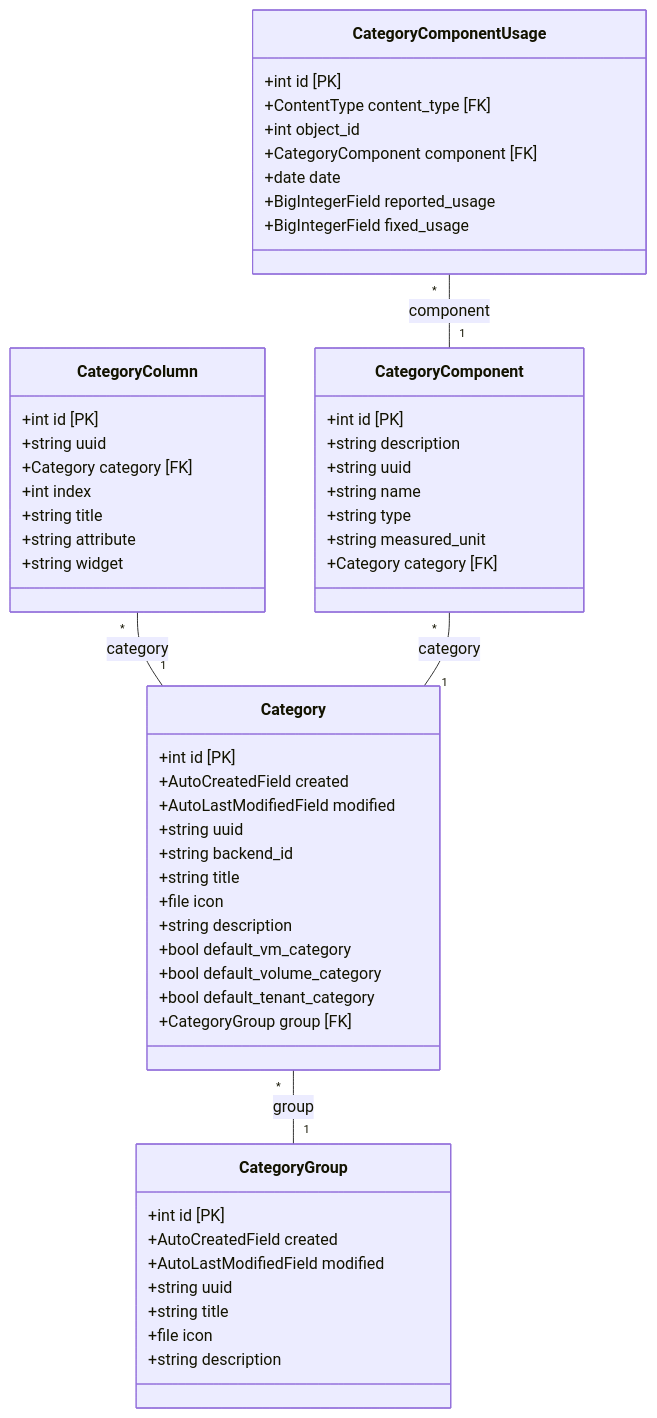
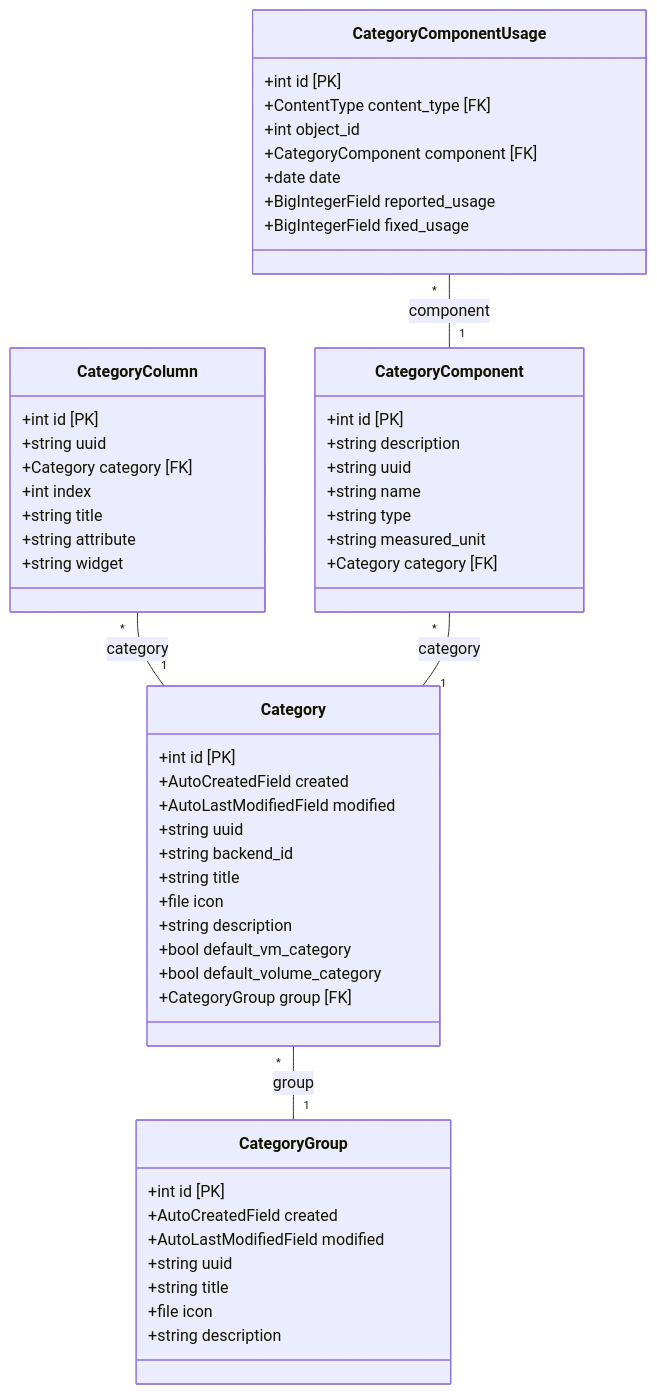
Before and after one commit to waldur/waldur-mastermind: the diagram in docs/marketplace_category.mmd, drawn with Mermaid. The commit also changed 9 other files, not shown here.

Commit message:
Remove unused default_tenant_category flag [#84]

```diff
--- a/docs/marketplace_category.mmd
+++ b/docs/marketplace_category.mmd
@@ -1,56 +1,55 @@
 classDiagram
     direction TB
     class CategoryGroup {
         +int id [PK]
         +AutoCreatedField created
         +AutoLastModifiedField modified
         +string uuid
         +string title
         +file icon
         +string description
     }
     class Category {
         +int id [PK]
         +AutoCreatedField created
         +AutoLastModifiedField modified
         +string uuid
         +string backend_id
         +string title
         +file icon
         +string description
         +bool default_vm_category
         +bool default_volume_category
-        +bool default_tenant_category
         +CategoryGroup group [FK]
     }
     class CategoryColumn {
         +int id [PK]
         +string uuid
         +Category category [FK]
         +int index
         +string title
         +string attribute
         +string widget
     }
     class CategoryComponent {
         +int id [PK]
         +string description
         +string uuid
         +string name
         +string type
         +string measured_unit
         +Category category [FK]
     }
     class CategoryComponentUsage {
         +int id [PK]
         +ContentType content_type [FK]
         +int object_id
         +CategoryComponent component [FK]
         +date date
         +BigIntegerField reported_usage
         +BigIntegerField fixed_usage
     }
     Category "*" -- "1" CategoryGroup : group
     CategoryColumn "*" -- "1" Category : category
     CategoryComponent "*" -- "1" Category : category
     CategoryComponentUsage "*" -- "1" CategoryComponent : component
```
